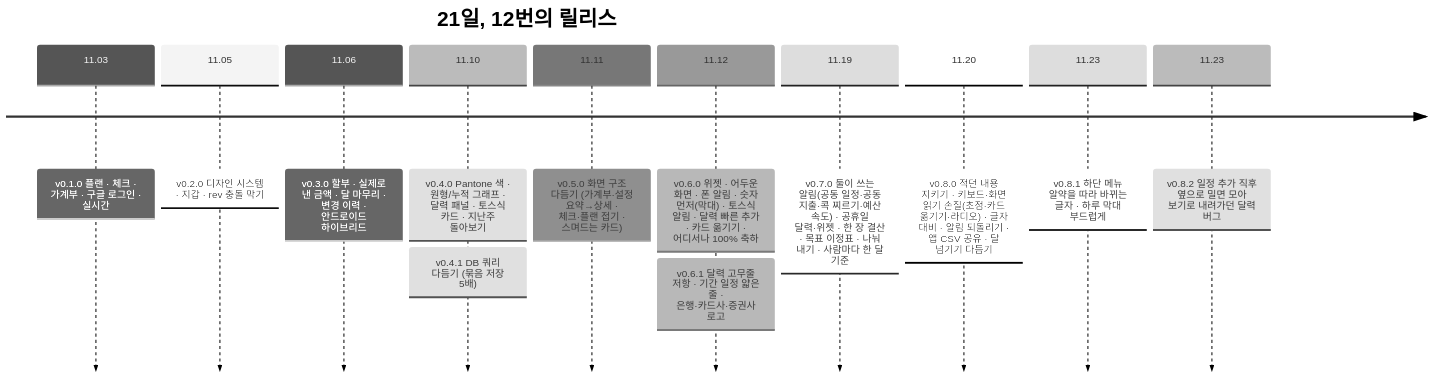
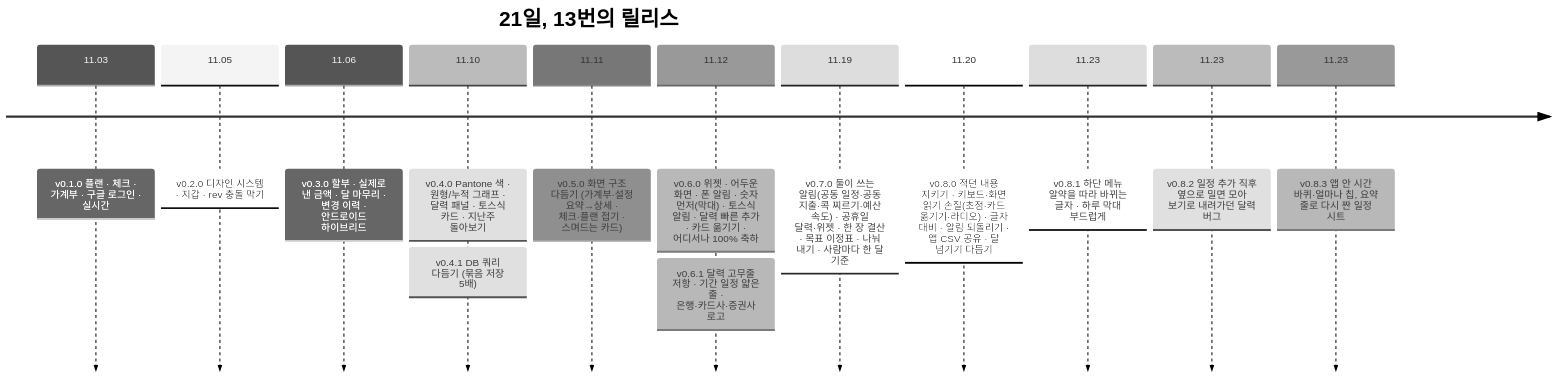
The fifth of 5 diagrams in README.md (jojaden/our-money), drawn with Mermaid (neutral theme) before and after one commit. The commit also changed other lines of this file and 5 other files, not shown here.

````diff
--- a/README.md
+++ b/README.md
@@ -152,16 +152,17 @@
 ```mermaid
 timeline
-  title 21일, 12번의 릴리스
+  title 21일, 13번의 릴리스
   11.03 : v0.1.0 플랜 · 체크 · 가계부 · 구글 로그인 · 실시간
   11.05 : v0.2.0 디자인 시스템 · 지갑 · rev 충돌 막기
   11.06 : v0.3.0 할부 · 실제로 낸 금액 · 달 마무리 · 변경 이력 · 안드로이드 하이브리드
   11.10 : v0.4.0 Pantone 색 · 원형/누적 그래프 · 달력 패널 · 토스식 카드 · 지난주 돌아보기
         : v0.4.1 DB 쿼리 다듬기 (묶음 저장 5배)
   11.11 : v0.5.0 화면 구조 다듬기 (가계부·설정 요약→상세 · 체크·플랜 접기 · 스며드는 카드)
   11.12 : v0.6.0 위젯 · 어두운 화면 · 폰 알림 · 숫자 먼저(막대) · 토스식 알림 · 달력 빠른 추가 · 카드 옮기기 · 어디서나 100% 축하
         : v0.6.1 달력 고무줄 저항 · 기간 일정 얇은 줄 · 은행·카드사·증권사 로고
   11.19 : v0.7.0 둘이 쓰는 알림(공동 일정·공동 지출·콕 찌르기·예산 속도) · 공휴일 달력·위젯 · 한 장 결산 · 목표 이정표 · 나눠 내기 · 사람마다 한 달 기준
   11.20 : v0.8.0 적던 내용 지키기 · 키보드·화면 읽기 손질(초점·카드 옮기기·라디오) · 글자 대비 · 알림 되돌리기 · 앱 CSV 공유 · 달 넘기기 다듬기
   11.23 : v0.8.1 하단 메뉴 알약을 따라 바뀌는 글자 · 하루 막대 부드럽게
   11.23 : v0.8.2 일정 추가 직후 옆으로 밀면 모아 보기로 내려가던 달력 버그
+  11.23 : v0.8.3 앱 안 시간 바퀴·얼마나 칩, 요약 줄로 다시 짠 일정 시트
 ```
````
